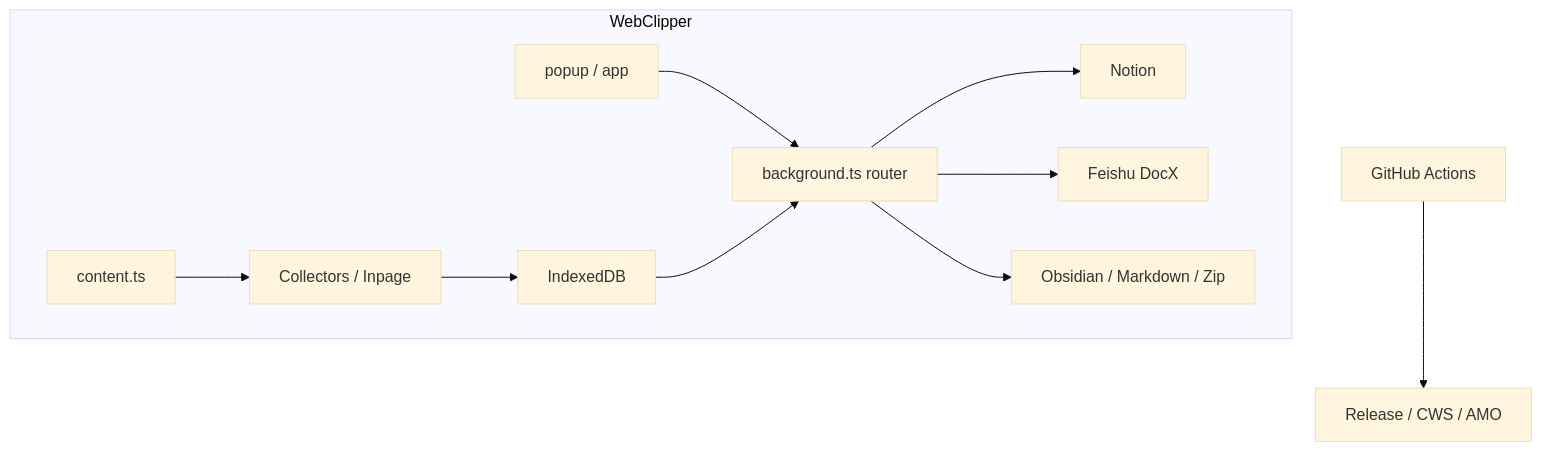
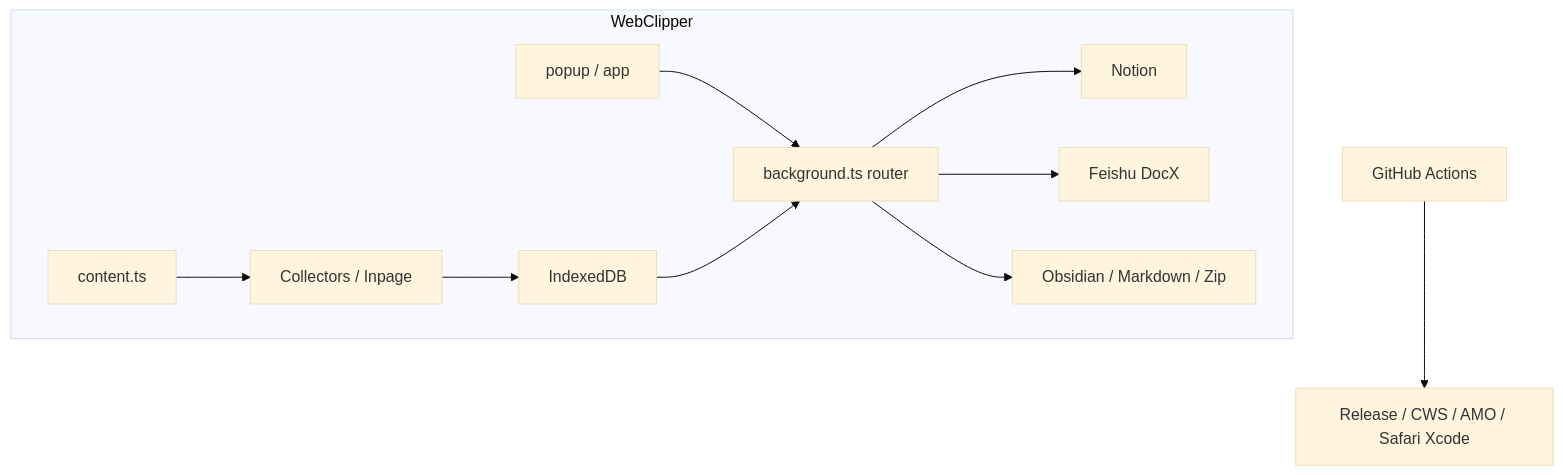
The diagram in docs/architecture.md (SyncNos/SyncNos-Webclipper), drawn with Mermaid (base theme) before and after one commit. The commit also changed other lines of this file and 8 other files, not shown here.

````diff
--- a/docs/architecture.md
+++ b/docs/architecture.md
@@ -68,14 +68,14 @@
 ```mermaid
 flowchart TB
   subgraph Ext[WebClipper]
     B1[content.ts] --> B2[Collectors / Inpage]
     B2 --> B3[IndexedDB]
     B4[popup / app] --> B5[background.ts router]
     B3 --> B5
     B5 --> N[Notion]
     B5 --> F[Feishu DocX]
     B5 --> O[Obsidian / Markdown / Zip]
   end
 
-  R[GitHub Actions] --> G[Release / CWS / AMO]
+  R[GitHub Actions] --> G[Release / CWS / AMO / Safari Xcode]
 ```
````
